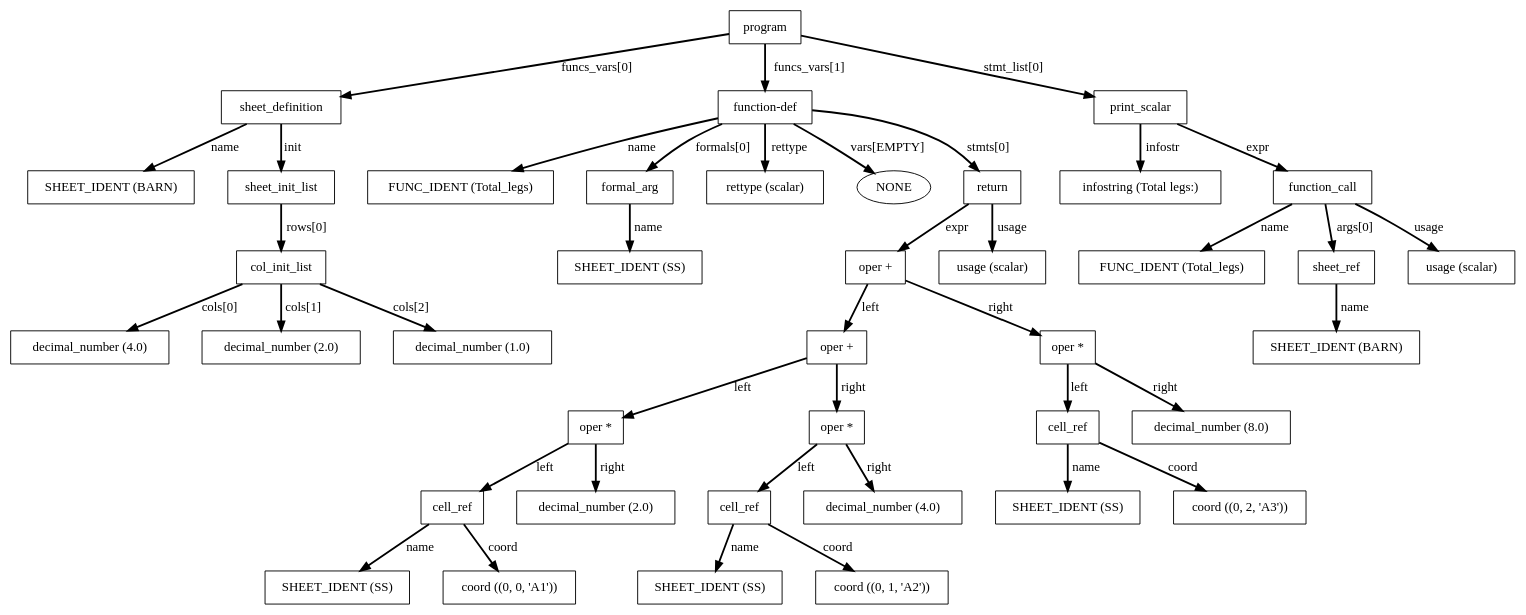
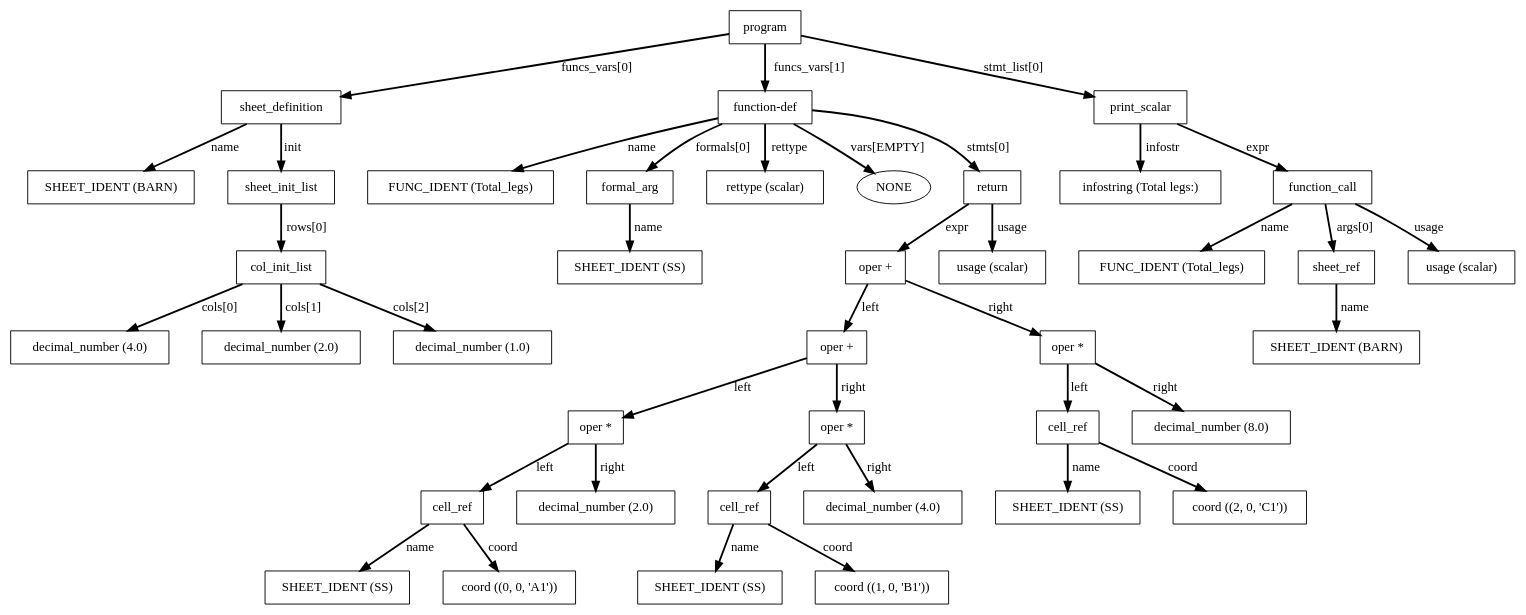
Before and after one commit to saurtm12/SpreadSheet_compiler: the diagram in 03_syntax_tree/examples/animals.dot, drawn with Graphviz. The commit also changed 8 other files, not shown here.

```diff
--- a/03_syntax_tree/examples/animals.dot
+++ b/03_syntax_tree/examples/animals.dot
@@ -1,88 +1,88 @@
 digraph parsetree {
     ratio=fill
     node [shape="box"]
     edge [style=bold]
     ranksep=equally
     nodesep=0.5
     rankdir = TB
     clusterrank = local
 N0 [label="program"]
 N1 [label="sheet_definition"]
 N2 [label="SHEET_IDENT (BARN)"]
 N1->N2 [label="name"]
 N3 [label="sheet_init_list"]
 N4 [label="col_init_list"]
 N5 [label="decimal_number (4.0)"]
 N4->N5 [label="cols[0]"]
 N6 [label="decimal_number (2.0)"]
 N4->N6 [label="cols[1]"]
 N7 [label="decimal_number (1.0)"]
 N4->N7 [label="cols[2]"]
 N3->N4 [label="rows[0]"]
 N1->N3 [label="init"]
 N0->N1 [label="funcs_vars[0]"]
 N8 [label="function-def"]
 N9 [label="FUNC_IDENT (Total_legs)"]
 N8->N9 [label="name"]
 N10 [label="formal_arg"]
 N11 [label="SHEET_IDENT (SS)"]
 N10->N11 [label="name"]
 N8->N10 [label="formals[0]"]
 N12 [label="rettype (scalar)"]
 N8->N12 [label="rettype"]
 N13 [shape="ellipse", label="NONE"]
 N8->N13 [label="vars[EMPTY]"]
 N14 [label="return"]
 N15 [label="oper +"]
 N16 [label="oper +"]
 N17 [label="oper *"]
 N18 [label="cell_ref"]
 N19 [label="SHEET_IDENT (SS)"]
 N18->N19 [label="name"]
 N20 [label="coord ((0, 0, 'A1'))"]
 N18->N20 [label="coord"]
 N17->N18 [label="left"]
 N21 [label="decimal_number (2.0)"]
 N17->N21 [label="right"]
 N16->N17 [label="left"]
 N22 [label="oper *"]
 N23 [label="cell_ref"]
 N24 [label="SHEET_IDENT (SS)"]
 N23->N24 [label="name"]
-N25 [label="coord ((0, 1, 'A2'))"]
+N25 [label="coord ((1, 0, 'B1'))"]
 N23->N25 [label="coord"]
 N22->N23 [label="left"]
 N26 [label="decimal_number (4.0)"]
 N22->N26 [label="right"]
 N16->N22 [label="right"]
 N15->N16 [label="left"]
 N27 [label="oper *"]
 N28 [label="cell_ref"]
 N29 [label="SHEET_IDENT (SS)"]
 N28->N29 [label="name"]
-N30 [label="coord ((0, 2, 'A3'))"]
+N30 [label="coord ((2, 0, 'C1'))"]
 N28->N30 [label="coord"]
 N27->N28 [label="left"]
 N31 [label="decimal_number (8.0)"]
 N27->N31 [label="right"]
 N15->N27 [label="right"]
 N14->N15 [label="expr"]
 N32 [label="usage (scalar)"]
 N14->N32 [label="usage"]
 N8->N14 [label="stmts[0]"]
 N0->N8 [label="funcs_vars[1]"]
 N33 [label="print_scalar"]
 N34 [label="infostring (Total legs:)"]
 N33->N34 [label="infostr"]
 N35 [label="function_call"]
 N36 [label="FUNC_IDENT (Total_legs)"]
 N35->N36 [label="name"]
 N37 [label="sheet_ref"]
 N38 [label="SHEET_IDENT (BARN)"]
 N37->N38 [label="name"]
 N35->N37 [label="args[0]"]
 N39 [label="usage (scalar)"]
 N35->N39 [label="usage"]
 N33->N35 [label="expr"]
 N0->N33 [label="stmt_list[0]"]
 }
```
